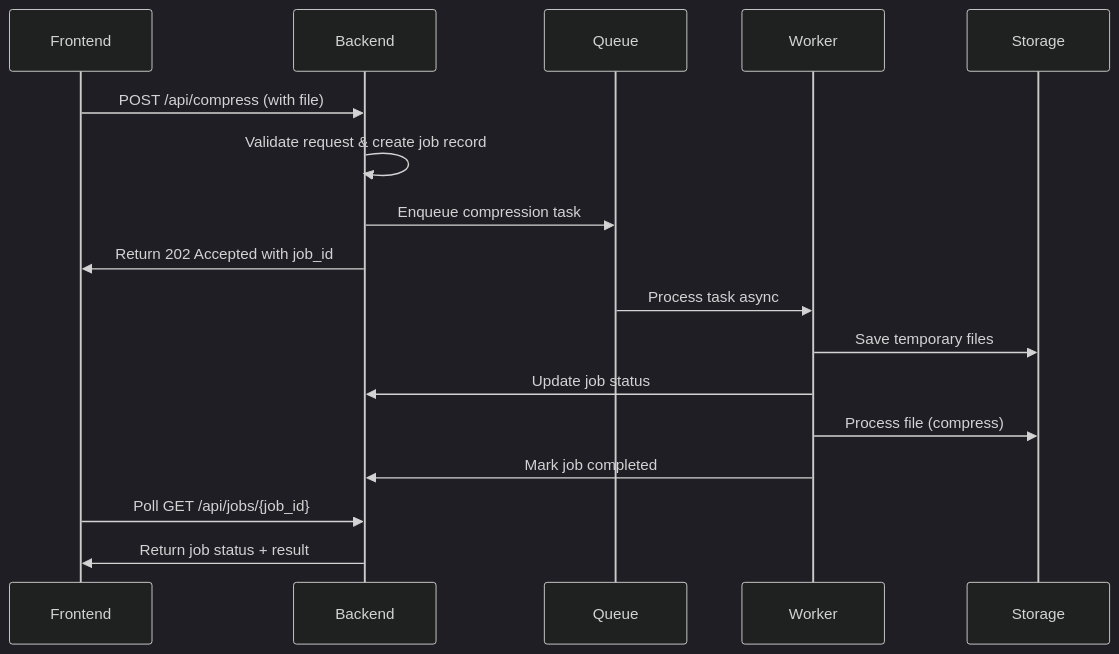
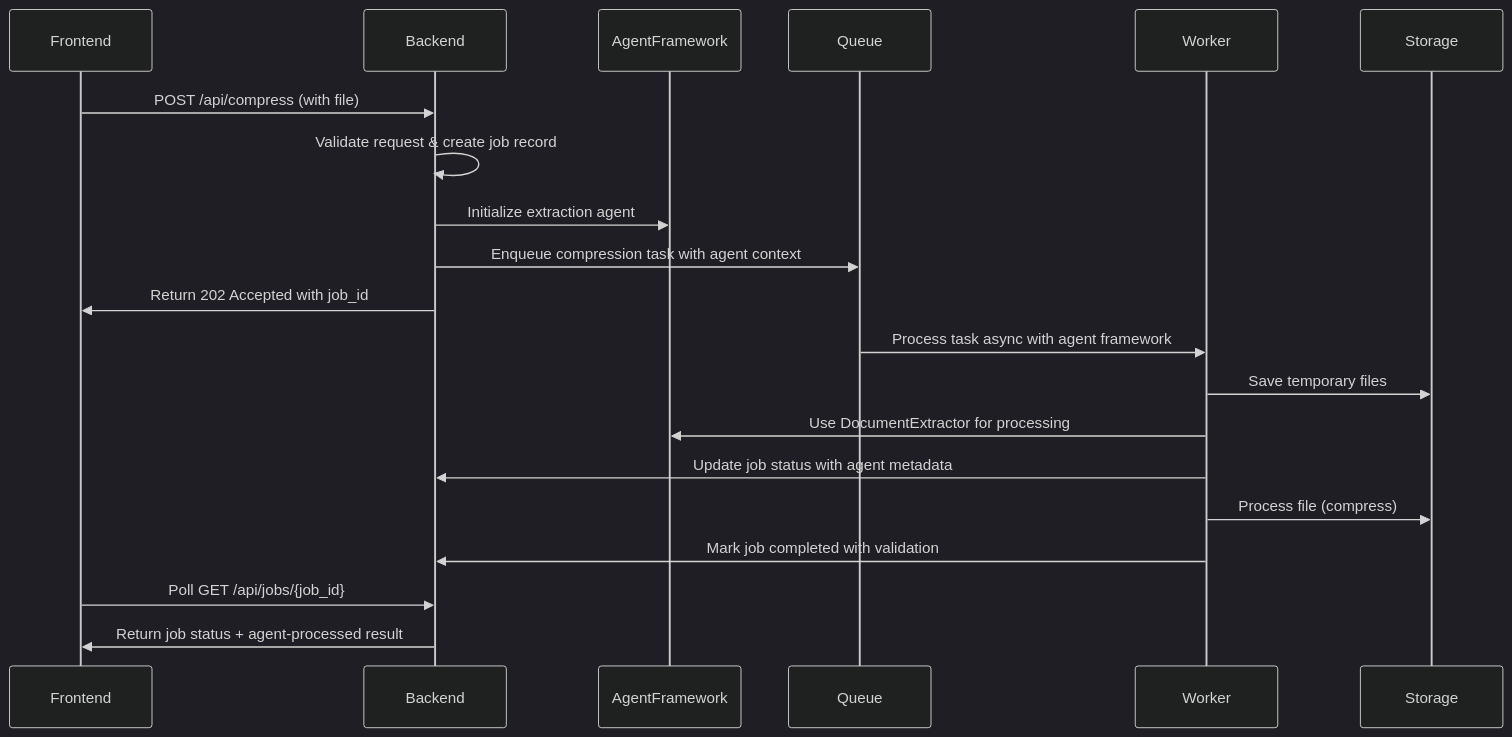
One commit to Custom-Logic/pdf_smaller_backend changed the second of 2 diagrams in README.md. Above: the diagram before and after it, drawn with Mermaid (dark theme). The commit also changed other lines of this file and 7 other files, not shown here.

First line of the commit message:
feat(agent): implement unified AgentPromptFramework for AI services

````diff
--- a/README.md
+++ b/README.md
@@ -38,22 +66,25 @@
 ```mermaid
 sequenceDiagram
     participant Frontend
     participant Backend
+    participant AgentFramework
     participant Queue
     participant Worker
     participant Storage
 
     Frontend->>Backend: POST /api/compress (with file)
     Backend->>Backend: Validate request & create job record
-    Backend->>Queue: Enqueue compression task
+    Backend->>AgentFramework: Initialize extraction agent
+    Backend->>Queue: Enqueue compression task with agent context
     Backend->>Frontend: Return 202 Accepted with job_id
     
-    Queue->>Worker: Process task async
+    Queue->>Worker: Process task async with agent framework
     Worker->>Storage: Save temporary files
-    Worker->>Backend: Update job status
+    Worker->>AgentFramework: Use DocumentExtractor for processing
+    Worker->>Backend: Update job status with agent metadata
     Worker->>Storage: Process file (compress)
-    Worker->>Backend: Mark job completed
+    Worker->>Backend: Mark job completed with validation
     
     Frontend->>Backend: Poll GET /api/jobs/{job_id}
-    Backend->>Frontend: Return job status + result
+    Backend->>Frontend: Return job status + agent-processed result
 ```
````
